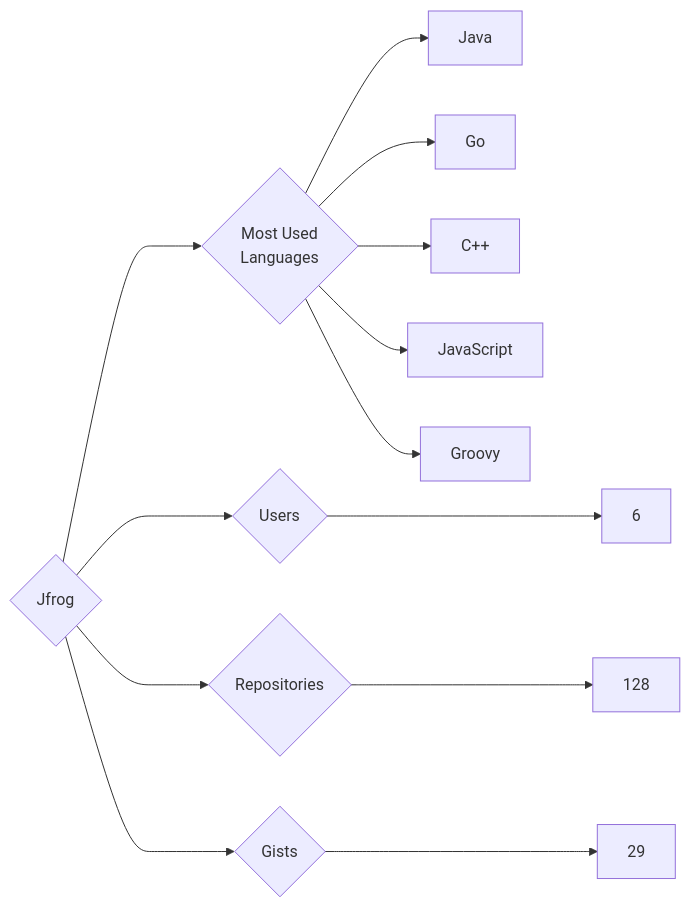
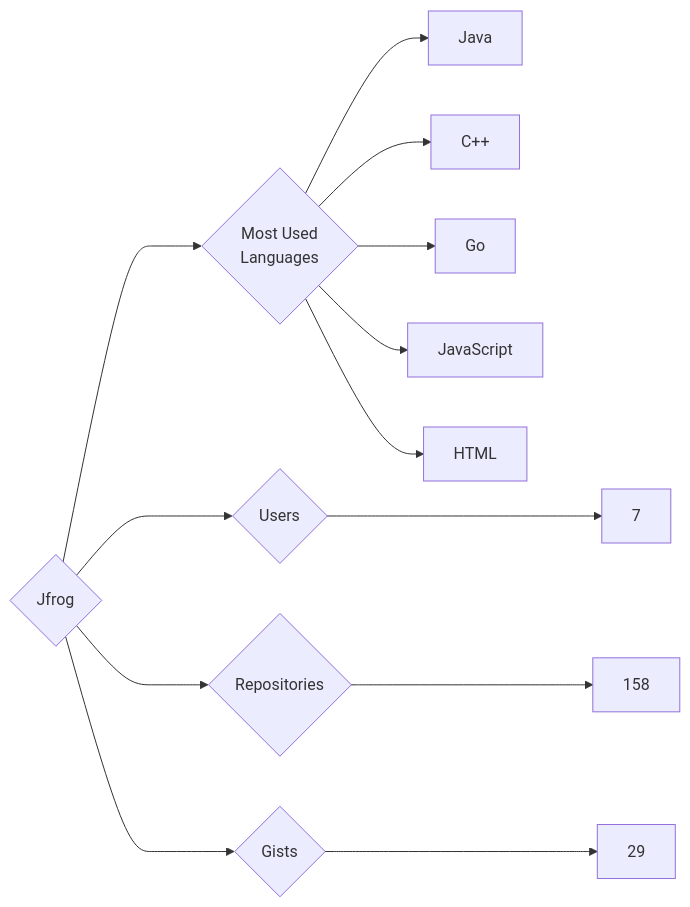
The diagram in targets/Jfrog/README.md (trickest/insiders), drawn with Mermaid before and after one commit. The commit also changed 888 other files, not shown here.

````diff
--- a/targets/Jfrog/README.md
+++ b/targets/Jfrog/README.md
@@ -3,13 +3,13 @@
 ```mermaid
 graph LR
 COMPANY_NAME{Jfrog}
-COMPANY_NAME ---> U{Users} ---> UN[6]
-COMPANY_NAME ---> R{Repositories} ---> RN[128]
+COMPANY_NAME ---> U{Users} ---> UN[7]
+COMPANY_NAME ---> R{Repositories} ---> RN[158]
 COMPANY_NAME ---> G{Gists} ---> GN[29]
 COMPANY_NAME ---> ML{Most Used<br>Languages}
 ML --> Java[Java]
+ML --> C++[C++]
 ML --> Go[Go]
-ML --> C++[C++]
 ML --> JavaScript[JavaScript]
-ML --> Groovy[Groovy]
+ML --> HTML[HTML]
 ```
````
